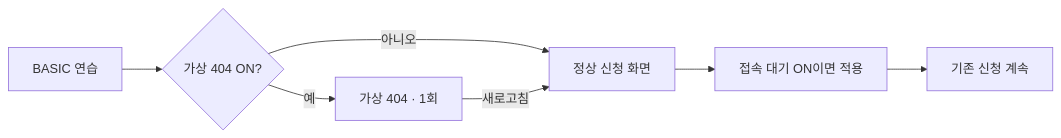
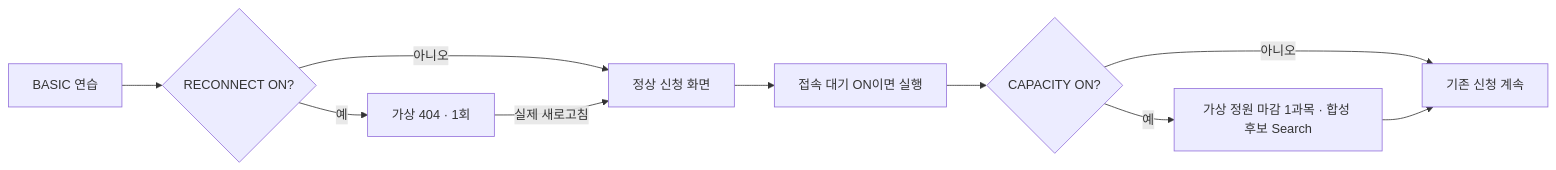
One commit to chny0n/Hanmo changed the first of 2 diagrams in README.md. Above: the diagram before and after it, drawn with Mermaid. The commit also changed other lines of this file, not shown here.

Commit message:
docs: sync README SVG captions and two-branch BASIC flowchart

````diff
--- a/README.md
+++ b/README.md
@@ -82,9 +82,12 @@
 ```mermaid
 flowchart LR
-    A["BASIC 연습"] --> B{"가상 404 ON?"}
+    A["BASIC 연습"] --> B{"RECONNECT ON?"}
     B -- "아니오" --> D["정상 신청 화면"]
     B -- "예" --> C["가상 404 · 1회"]
-    C -- "새로고침" --> D
-    D --> E["접속 대기 ON이면 적용"]
-    E --> F["기존 신청 계속"]
+    C -- "실제 새로고침" --> D
+    D --> E["접속 대기 ON이면 실행"]
+    E --> G{"CAPACITY ON?"}
+    G -- "예" --> H["가상 정원 마감 1과목 · 합성 후보 Search"]
+    G -- "아니오" --> F["기존 신청 계속"]
+    H --> F
 ```
````
